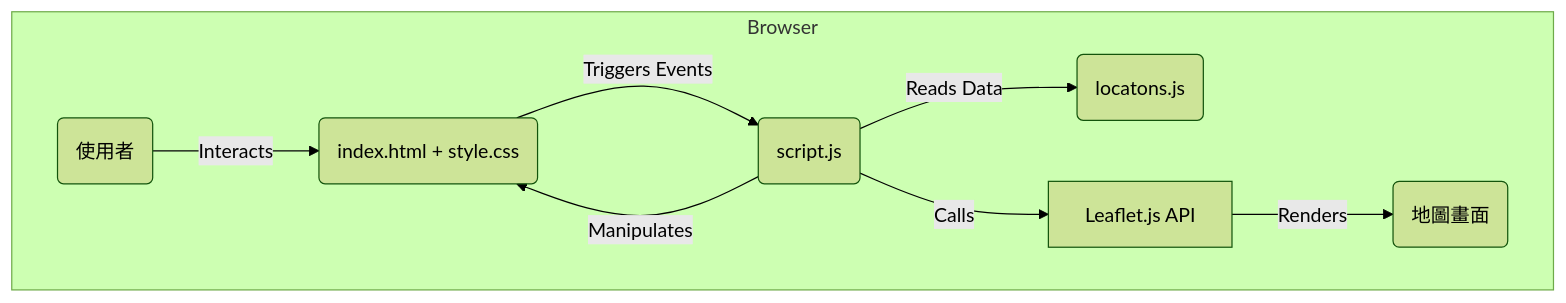
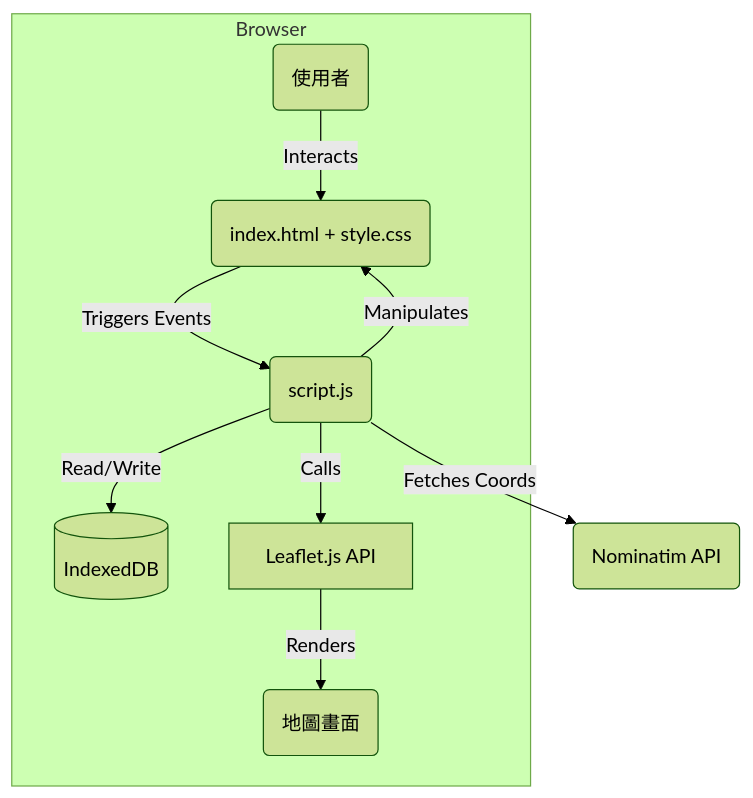
Before and after one commit to zanta0529/public: the diagram in travel/README.md, drawn with Mermaid (forest theme). The commit also changed other lines of this file and 6 other files, not shown here.

````diff
--- a/travel/README.md
+++ b/travel/README.md
@@ -105,12 +88,13 @@
 ```mermaid
 graph TD
     subgraph Browser
         User(使用者) -- Interacts --> UI(index.html + style.css)
         UI -- Triggers Events --> Logic(script.js)
-        Logic -- Reads Data --> DataSource(locatons.js)
+        Logic -- Read/Write --> DB[(IndexedDB)]
         Logic -- Manipulates --> UI
         Logic -- Calls --> MapAPI[Leaflet.js API]
         MapAPI -- Renders --> Map(地圖畫面)
     end
+    Logic -- Fetches Coords --> NominatimAPI(Nominatim API)
 
 ```
````
